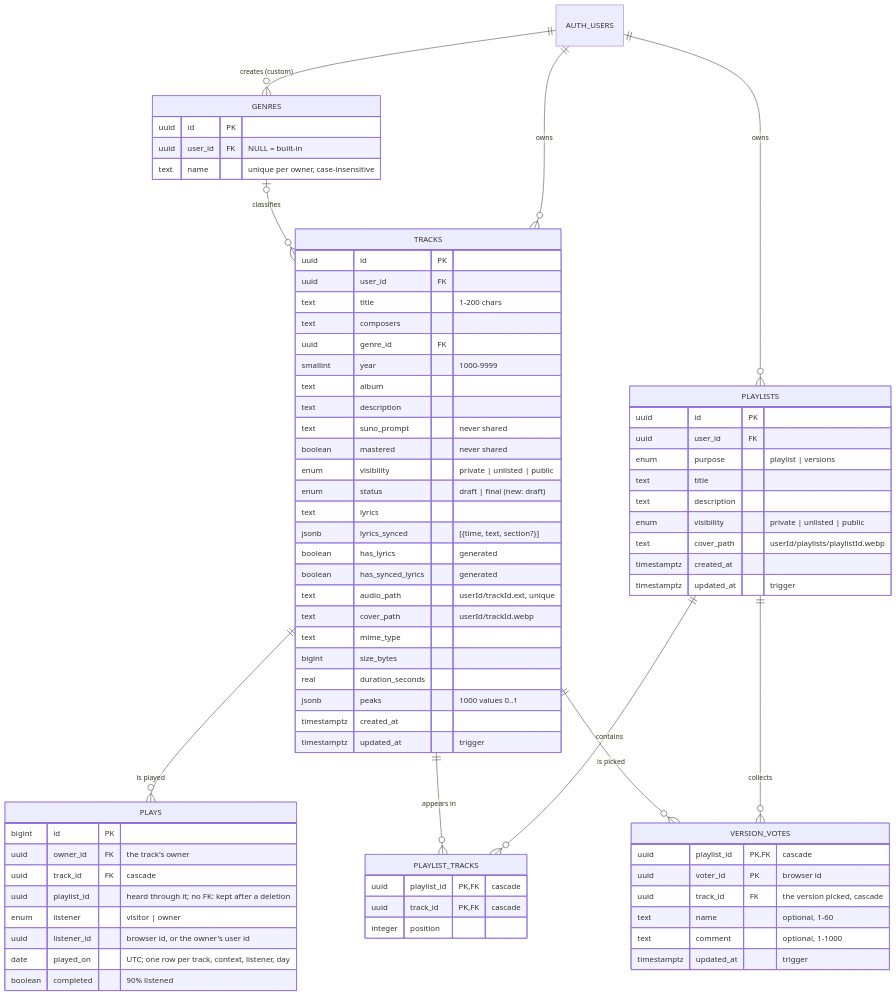
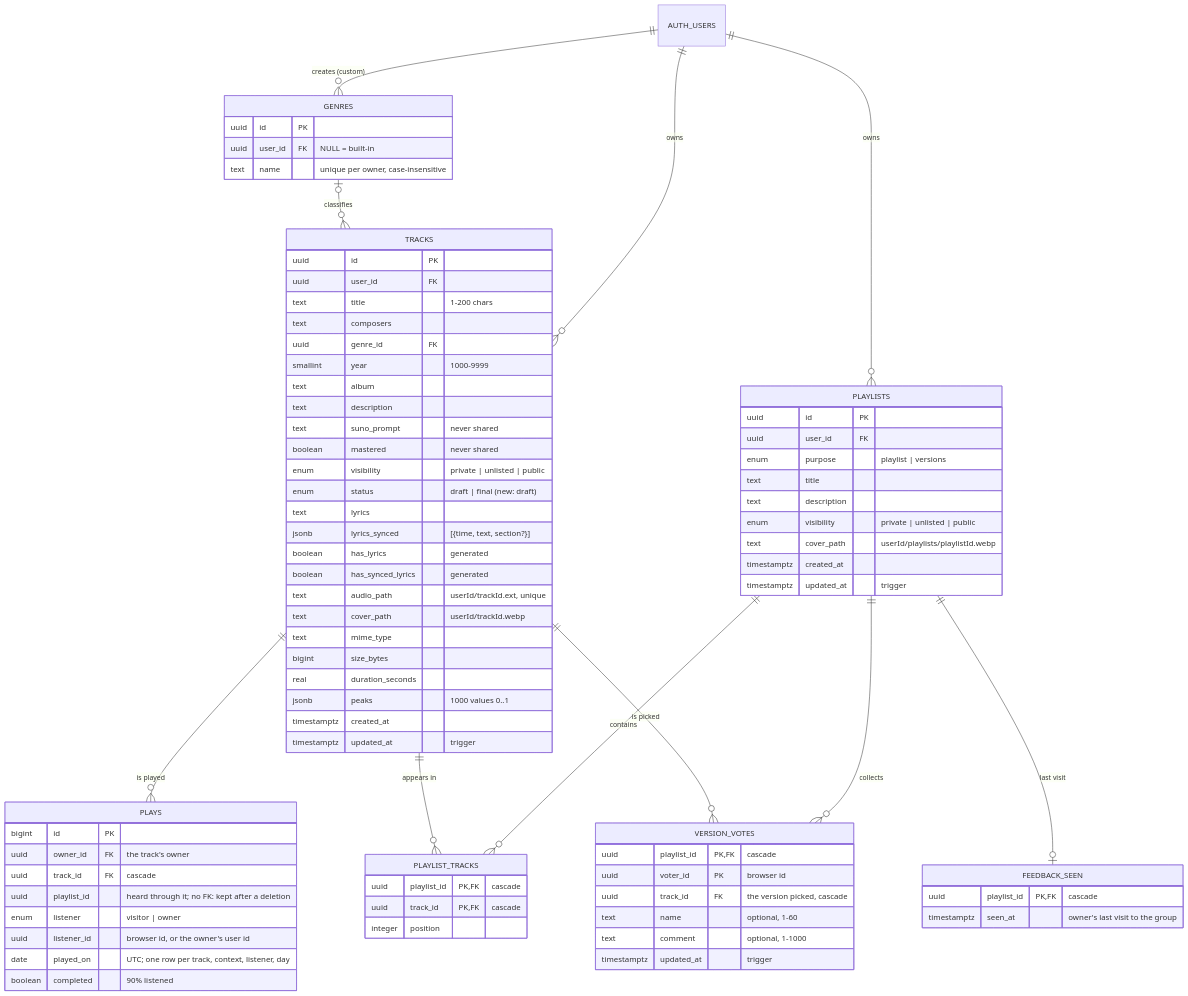
One commit to alesssz/Chronovault changed diagram 13 of 13 in README.md. Above: the diagram before and after it, drawn with Mermaid. The commit also changed other lines of this file and 18 other files, not shown here.

First line of the commit message:
Show when friends left new feedback on a group of versions

```diff
--- a/README.md
+++ b/README.md
@@ -941,6 +943,7 @@
   TRACKS ||--o{ PLAYLIST_TRACKS : "appears in"
   TRACKS ||--o{ PLAYS : "is played"
   PLAYLISTS ||--o{ VERSION_VOTES : "collects"
+  PLAYLISTS ||--o| FEEDBACK_SEEN : "last visit"
   TRACKS ||--o{ VERSION_VOTES : "is picked"
 
   TRACKS {
@@ -1000,6 +1003,10 @@
     date played_on "UTC; one row per track, context, listener, day"
     boolean completed "90% listened"
   }
+  FEEDBACK_SEEN {
+    uuid playlist_id PK, FK "cascade"
+    timestamptz seen_at "owner's last visit to the group"
+  }
   VERSION_VOTES {
     uuid playlist_id PK, FK "cascade"
     uuid voter_id PK "browser id"
```
